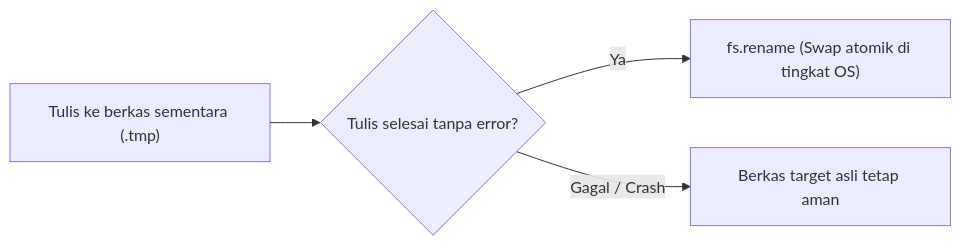
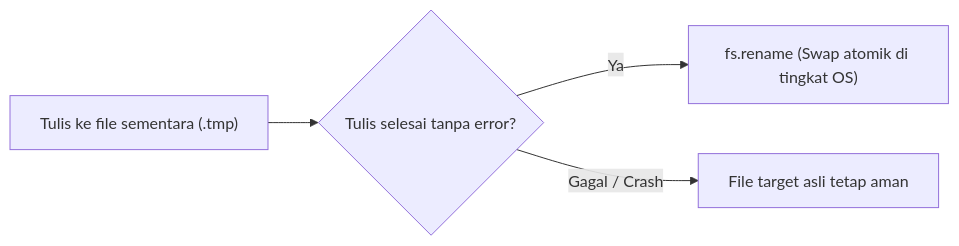
The diagram in 01-core-modules/07-file-system/README.md (san4byte/nodejs-handbook), drawn with Mermaid before and after one commit. The commit also changed other lines of this file and 10 other files, not shown here.

````diff
--- a/01-core-modules/07-file-system/README.md
+++ b/01-core-modules/07-file-system/README.md
@@ -27,6 +37,6 @@
 ```mermaid
 flowchart LR
-    A["Tulis ke berkas sementara (.tmp)"] --> B{"Tulis selesai tanpa error?"}
+    A["Tulis ke file sementara (.tmp)"] --> B{"Tulis selesai tanpa error?"}
     B -- Ya --> C["fs.rename (Swap atomik di tingkat OS)"]
-    B -- Gagal / Crash --> D["Berkas target asli tetap aman"]
+    B -- Gagal / Crash --> D["File target asli tetap aman"]
 ```
````
